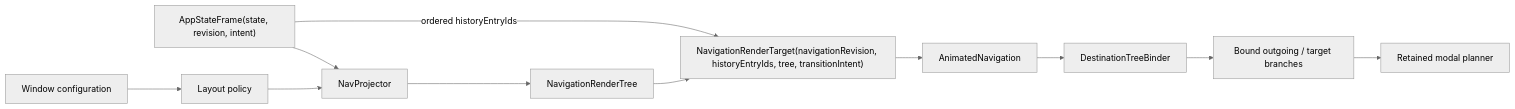
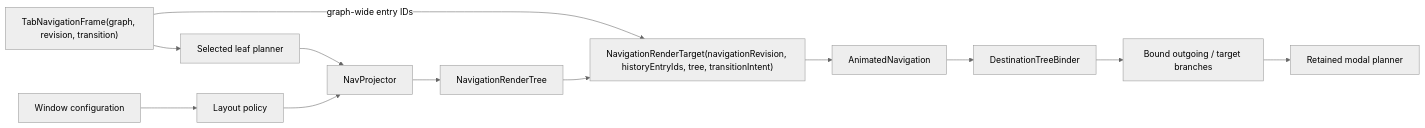
Before and after one commit to senneco/udf-sandbox: the second of 2 diagrams in README.md, drawn with Mermaid (neutral theme). The commit also changed other lines of this file and 22 other files, not shown here.

````diff
--- a/README.md
+++ b/README.md
@@ -219,13 +219,14 @@
 ```mermaid
 flowchart LR
-    Frame["AppStateFrame(state, revision, intent)"] --> Projector["NavProjector"]
-    Frame -->|"ordered historyEntryIds"| Target["NavigationRenderTarget(navigationRevision, historyEntryIds, tree, transitionIntent)"]
+    Frame["TabNavigationFrame(graph, revision, transition)"] --> Leaf["Selected leaf planner"]
+    Frame -->|"graph-wide entry IDs"| Target["NavigationRenderTarget(navigationRevision, historyEntryIds, tree, transitionIntent)"]
+    Leaf --> Projector["NavProjector"]
     Window["Window configuration"] --> Policy["Layout policy"]
     Policy --> Projector
     Projector --> Tree["NavigationRenderTree"]
     Tree --> Target
     Target --> Renderer["AnimatedNavigation"]
     Renderer --> Binder["DestinationTreeBinder"]
     Binder --> Branches["Bound outgoing / target branches"]
     Branches --> ModalPlanner["Retained modal planner"]
 ```
````
